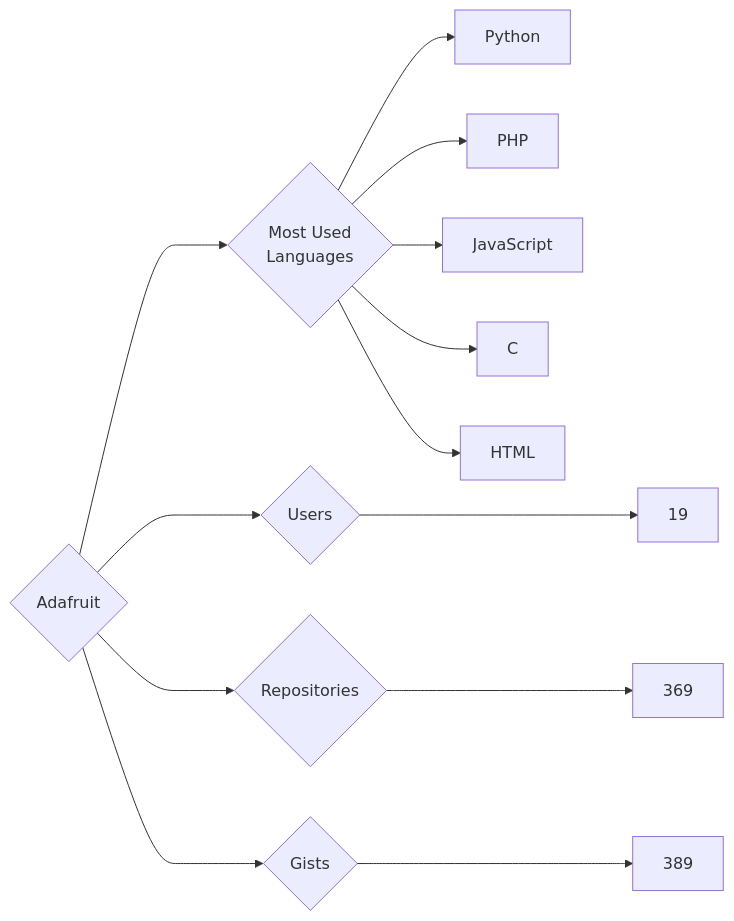
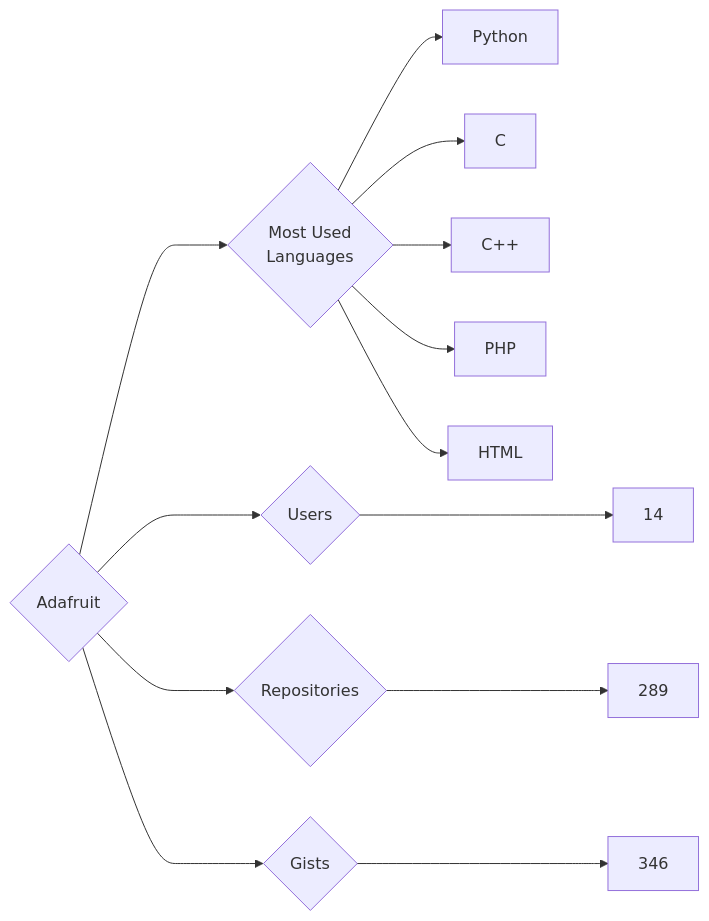
Before and after one commit to trickest/insiders: the diagram in targets/Adafruit/README.md, drawn with Mermaid. The commit also changed 750 other files, not shown here.

````diff
--- a/targets/Adafruit/README.md
+++ b/targets/Adafruit/README.md
@@ -3,13 +3,13 @@
 ```mermaid
 graph LR
 COMPANY_NAME{Adafruit}
-COMPANY_NAME ---> U{Users} ---> UN[19]
-COMPANY_NAME ---> R{Repositories} ---> RN[369]
-COMPANY_NAME ---> G{Gists} ---> GN[389]
+COMPANY_NAME ---> U{Users} ---> UN[14]
+COMPANY_NAME ---> R{Repositories} ---> RN[289]
+COMPANY_NAME ---> G{Gists} ---> GN[346]
 COMPANY_NAME ---> ML{Most Used<br>Languages}
 ML --> Python[Python]
+ML --> C[C]
+ML --> C++[C++]
 ML --> PHP[PHP]
-ML --> JavaScript[JavaScript]
-ML --> C[C]
 ML --> HTML[HTML]
 ```
````
